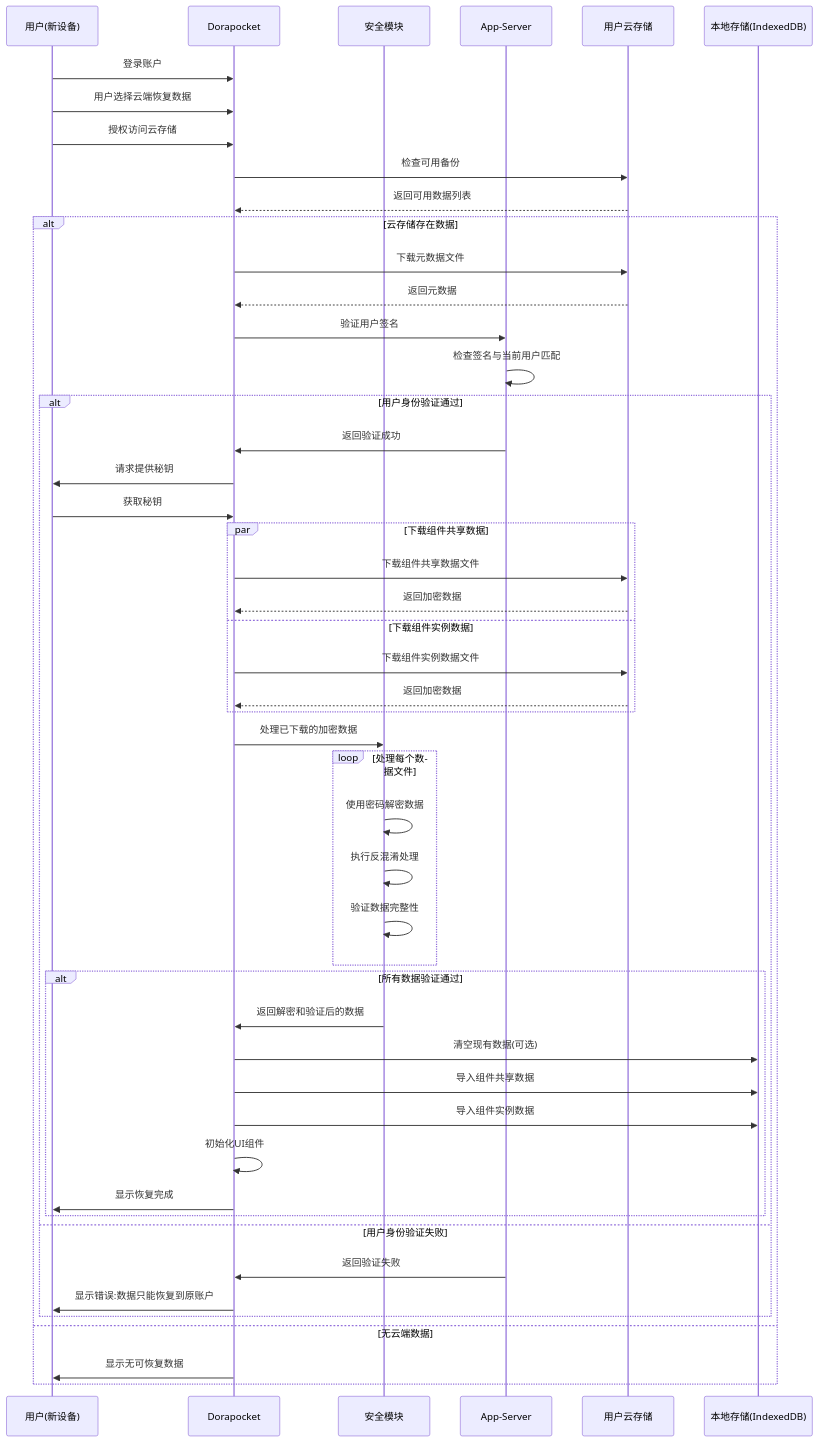
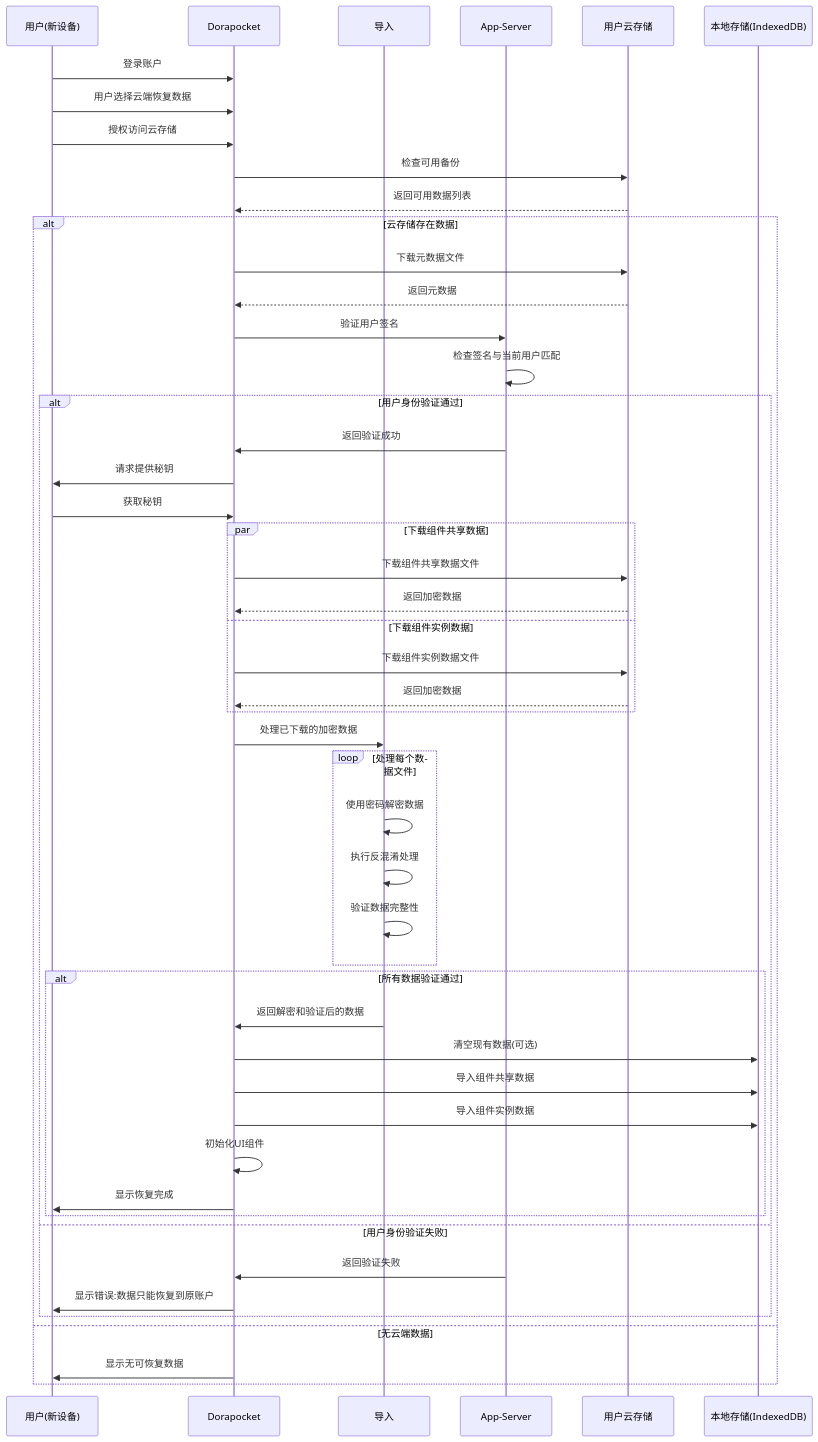
Before and after one commit to yingjianzh/iodraw-files: the diagram in all/未命名-34.md, drawn with Mermaid.

Commit message:
2025-04-17 17:10:37 update

````diff
--- a/all/未命名-34.md
+++ b/all/未命名-34.md
@@ -1,64 +1,63 @@
 ```mermaid
 sequenceDiagram
     participant User as 用户(新设备)
     participant App as Dorapocket
-    participant Security as 安全模块
+    participant Security as 导入
     participant AppServer as App-Server
     participant UserCloud as 用户云存储
     participant LocalDB as 本地存储(IndexedDB)
     
     User->>App: 登录账户
     User->>App: 用户选择云端恢复数据
     User->>App: 授权访问云存储
     
     App->>UserCloud: 检查可用备份
     UserCloud-->>App: 返回可用数据列表
     
     alt 云存储存在数据
         
         App->>UserCloud: 下载元数据文件
         UserCloud-->>App: 返回元数据
         
         App->>AppServer: 验证用户签名
         AppServer->>AppServer: 检查签名与当前用户匹配
         
         alt 用户身份验证通过
             AppServer->>App: 返回验证成功
             
             App->>User: 请求提供秘钥
             User->>App: 获取秘钥
             
             par 下载组件共享数据
                 App->>UserCloud: 下载组件共享数据文件
                 UserCloud-->>App: 返回加密数据
             and 下载组件实例数据
                 App->>UserCloud: 下载组件实例数据文件
                 UserCloud-->>App: 返回加密数据
             end
             
             App->>Security: 处理已下载的加密数据
             loop 处理每个数据文件
                 Security->>Security: 使用密码解密数据
                 Security->>Security: 执行反混淆处理
                 Security->>Security: 验证数据完整性
             end
             
             alt 所有数据验证通过
                 Security->>App: 返回解密和验证后的数据
                 
                 App->>LocalDB: 清空现有数据(可选)
                 App->>LocalDB: 导入组件共享数据
                 App->>LocalDB: 导入组件实例数据
                 
                 App->>App: 初始化UI组件
                 App->>User: 显示恢复完成
             end
         else 用户身份验证失败
             AppServer->>App: 返回验证失败
             App->>User: 显示错误:数据只能恢复到原账户
         end
     else 无云端数据
         App->>User: 显示无可恢复数据
-        
     end
 ```
````
